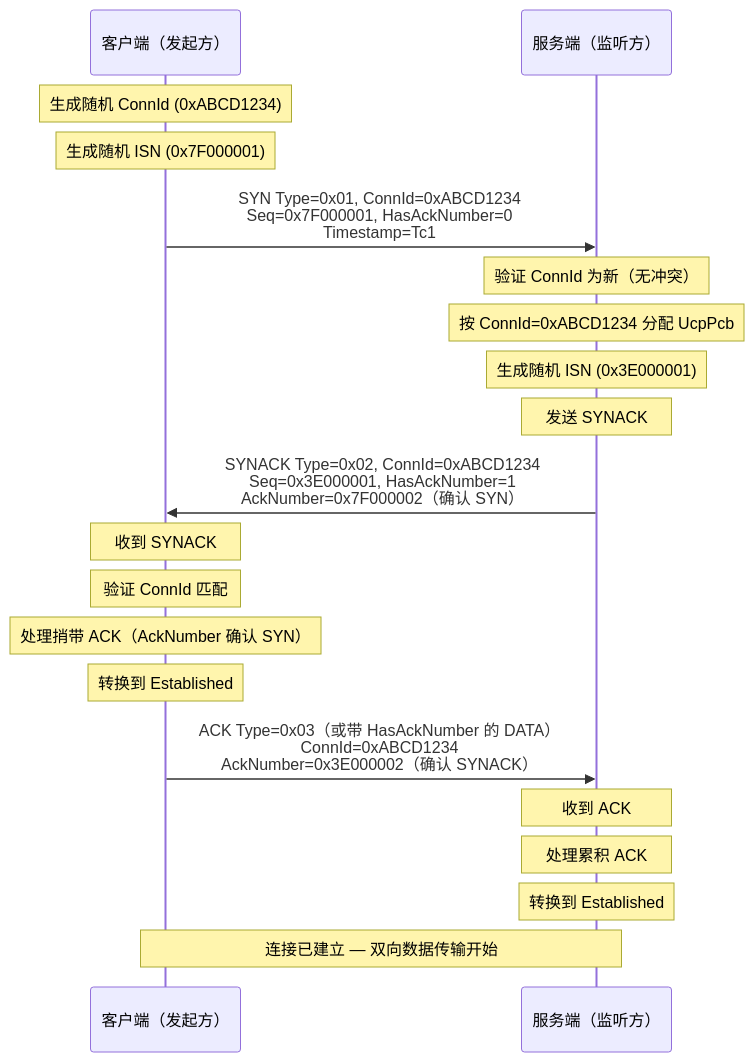
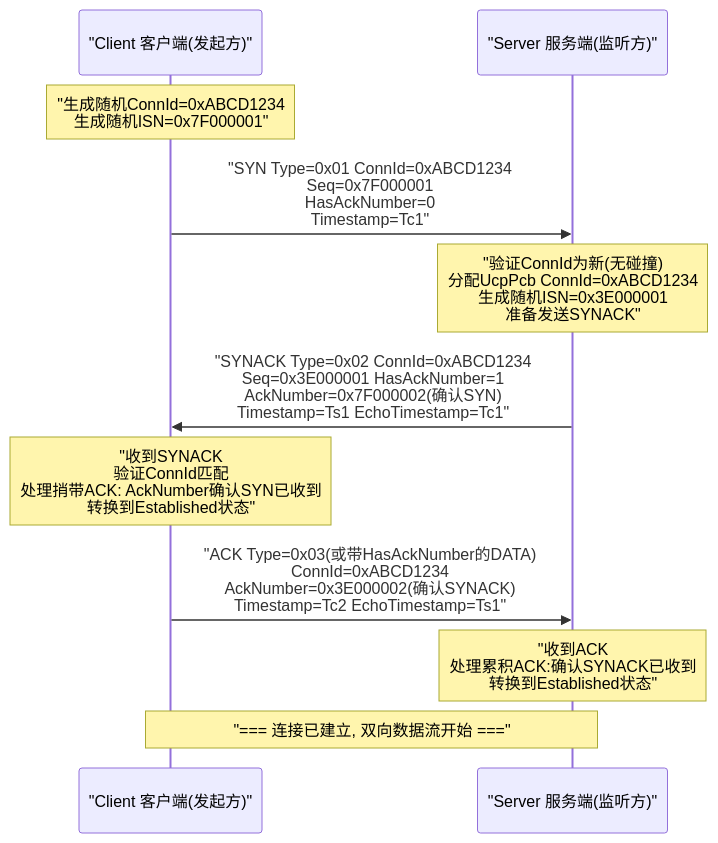
One commit to liulilittle/ucp changed the fifth of 9 diagrams in docs/protocol_CN.md. Above: the diagram before and after it, drawn with Mermaid. The commit also changed other lines of this file and 43 other files, not shown here.

````diff
--- a/docs/protocol_CN.md
+++ b/docs/protocol_CN.md
@@ -214,30 +247,21 @@
 ```mermaid
 sequenceDiagram
-    participant C as 客户端（发起方）
-    participant S as 服务端（监听方）
-
-    Note over C: 生成随机 ConnId (0xABCD1234)
-    Note over C: 生成随机 ISN (0x7F000001)
-
-    C->>S: SYN Type=0x01, ConnId=0xABCD1234<br>Seq=0x7F000001, HasAckNumber=0<br>Timestamp=Tc1
-
-    Note over S: 验证 ConnId 为新（无冲突）
-    Note over S: 按 ConnId=0xABCD1234 分配 UcpPcb
-    Note over S: 生成随机 ISN (0x3E000001)
-    Note over S: 发送 SYNACK
-
-    S->>C: SYNACK Type=0x02, ConnId=0xABCD1234<br>Seq=0x3E000001, HasAckNumber=1<br>AckNumber=0x7F000002（确认 SYN）
-
-    Note over C: 收到 SYNACK
-    Note over C: 验证 ConnId 匹配
-    Note over C: 处理捎带 ACK（AckNumber 确认 SYN）
-    Note over C: 转换到 Established
-
-    C->>S: ACK Type=0x03（或带 HasAckNumber 的 DATA）<br>ConnId=0xABCD1234<br>AckNumber=0x3E000002（确认 SYNACK）
-
-    Note over S: 收到 ACK
-    Note over S: 处理累积 ACK
-    Note over S: 转换到 Established
-
-    Note over C,S: 连接已建立 — 双向数据传输开始
+    participant C as "Client 客户端(发起方)"
+    participant S as "Server 服务端(监听方)"
+    
+    Note over C: "生成随机ConnId=0xABCD1234<br/>生成随机ISN=0x7F000001"
+    
+    C->>S: "SYN Type=0x01 ConnId=0xABCD1234<br/>Seq=0x7F000001<br/>HasAckNumber=0<br/>Timestamp=Tc1"
+    
+    Note over S: "验证ConnId为新(无碰撞)<br/>分配UcpPcb ConnId=0xABCD1234<br/>生成随机ISN=0x3E000001<br/>准备发送SYNACK"
+    
+    S->>C: "SYNACK Type=0x02 ConnId=0xABCD1234<br/>Seq=0x3E000001 HasAckNumber=1<br/>AckNumber=0x7F000002(确认SYN)<br/>Timestamp=Ts1 EchoTimestamp=Tc1"
+    
+    Note over C: "收到SYNACK<br/>验证ConnId匹配<br/>处理捎带ACK: AckNumber确认SYN已收到<br/>转换到Established状态"
+    
+    C->>S: "ACK Type=0x03(或带HasAckNumber的DATA)<br/>ConnId=0xABCD1234<br/>AckNumber=0x3E000002(确认SYNACK)<br/>Timestamp=Tc2 EchoTimestamp=Ts1"
+    
+    Note over S: "收到ACK<br/>处理累积ACK:确认SYNACK已收到<br/>转换到Established状态"
+    
+    Note over C,S: "=== 连接已建立, 双向数据流开始 ==="
 ```
````
